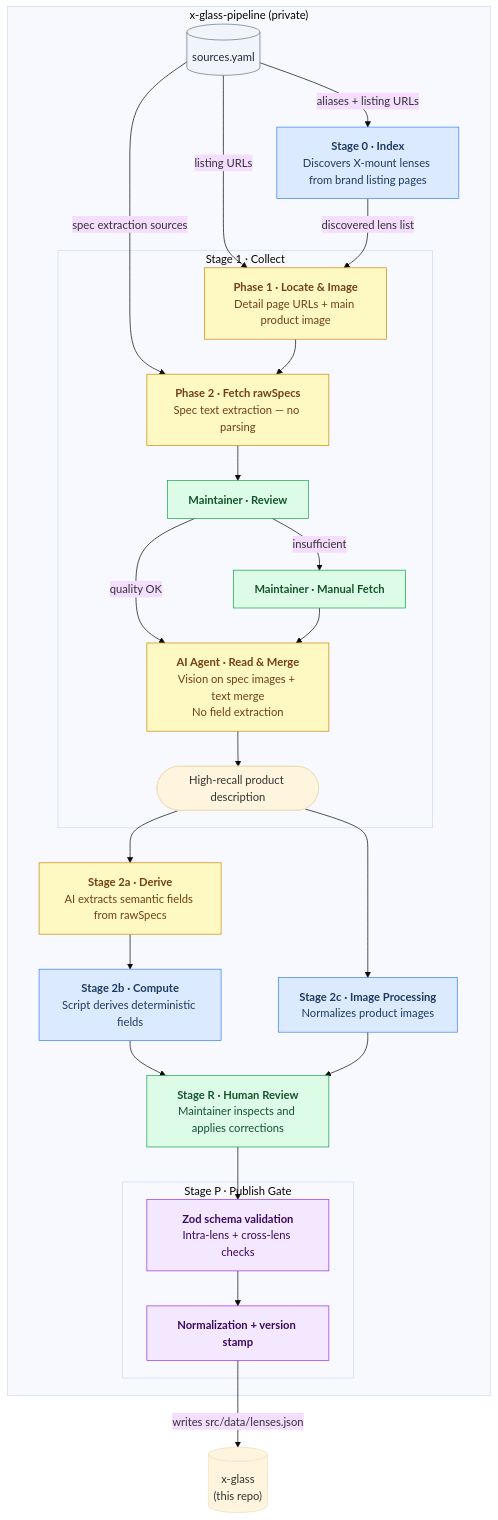
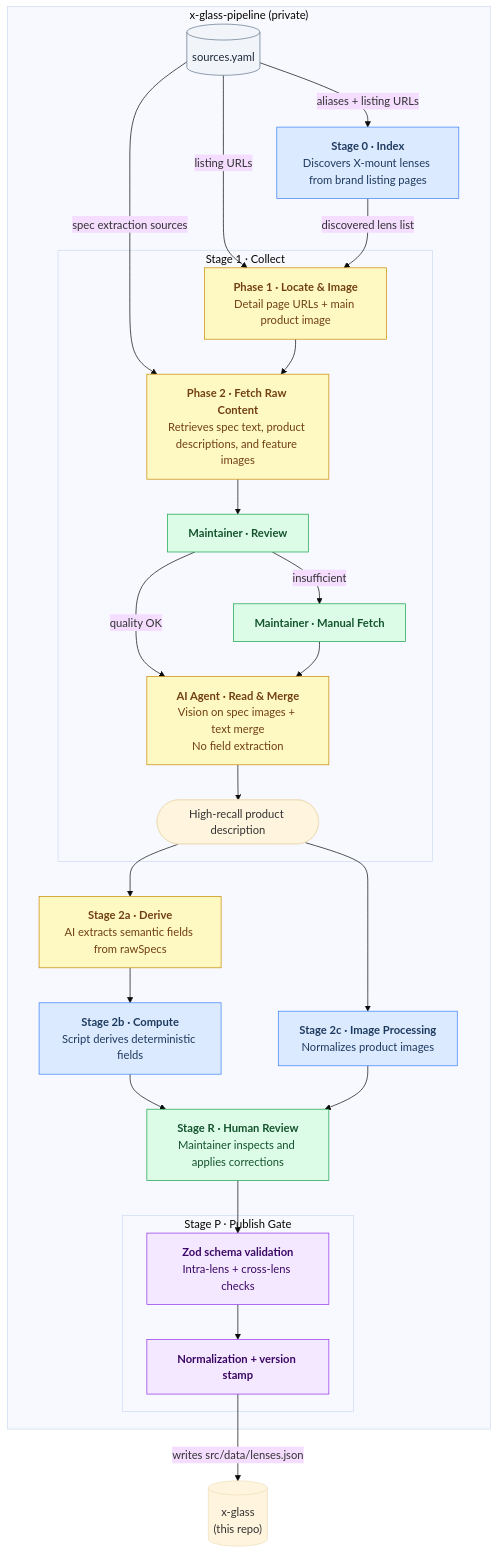
The diagram in README.md (sentacraft/x-glass), drawn with Mermaid (base theme) before and after one commit. The commit also changed 1 other file, not shown here.

Commit message:
docs(pipeline): rename Phase 2 to Fetch Raw Content, clarify content scope

````diff
--- a/README.md
+++ b/README.md
@@ -50,56 +50,56 @@
 ```mermaid
 flowchart TD
   subgraph pipeline["x-glass-pipeline (private)"]
     SOURCES[("sources.yaml")]
 
     S0["<b>Stage 0 · Index</b><br/>Discovers X-mount lenses from brand listing pages"]
 
     subgraph s1["Stage 1 · Collect"]
       S1p1["<b>Phase 1 · Locate & Image</b><br/>Detail page URLs + main product image"]
-      S1p2["<b>Phase 2 · Fetch rawSpecs</b><br/>Spec text extraction — no parsing"]
+      S1p2["<b>Phase 2 · Fetch Raw Content</b><br/>Retrieves spec text, product descriptions, and feature images"]
       S1r["<b>Maintainer · Review</b>"]
       S1h["<b>Maintainer · Manual Fetch</b>"]
       S1b["<b>AI Agent · Read & Merge</b><br/>Vision on spec images + text merge<br/>No field extraction"]
       S1out(["High-recall product description"])
     end
 
     S2a["<b>Stage 2a · Derive</b><br/>AI extracts semantic fields from rawSpecs"]
     S2b["<b>Stage 2b · Compute</b><br/>Script derives deterministic fields"]
     S2c["<b>Stage 2c · Image Processing</b><br/>Normalizes product images"]
     SR["<b>Stage R · Human Review</b><br/>Maintainer inspects and applies corrections"]
 
     subgraph sp["Stage P · Publish Gate"]
       SP1["<b>Zod schema validation</b><br/>Intra-lens + cross-lens checks"]
       SP2["<b>Normalization + version stamp</b>"]
     end
   end
 
   SOURCES -->|"aliases + listing URLs"| S0
   SOURCES -->|"listing URLs"| S1p1
   SOURCES -->|"spec extraction sources"| S1p2
   S0 -->|"discovered lens list"| S1p1
   S1p1 --> S1p2
   S1p2 --> S1r
   S1r -->|"quality OK"| S1b
   S1r -->|"insufficient"| S1h
   S1h --> S1b
   S1b --> S1out
   S1out --> S2a & S2c
   S2a --> S2b
   S2b & S2c --> SR
   SR --> SP1
   SP1 --> SP2
   SP2 -->|"writes src/data/lenses.json"| DB[("x-glass<br/>(this repo)")]
 
   classDef script fill:#dbeafe,stroke:#3b82f6,color:#1e3a5f
   classDef agent fill:#fef9c3,stroke:#ca8a04,color:#713f12
   classDef human fill:#dcfce7,stroke:#16a34a,color:#14532d
   classDef gate fill:#f3e8ff,stroke:#9333ea,color:#3b0764
   classDef config fill:#f1f5f9,stroke:#64748b,color:#1e293b
 
   class S0,S2b,S2c script
   class S1p1,S1p2,S1b,S2a agent
   class S1r,S1h,SR human
   class SP1,SP2 gate
   class SOURCES config
 ```
````
